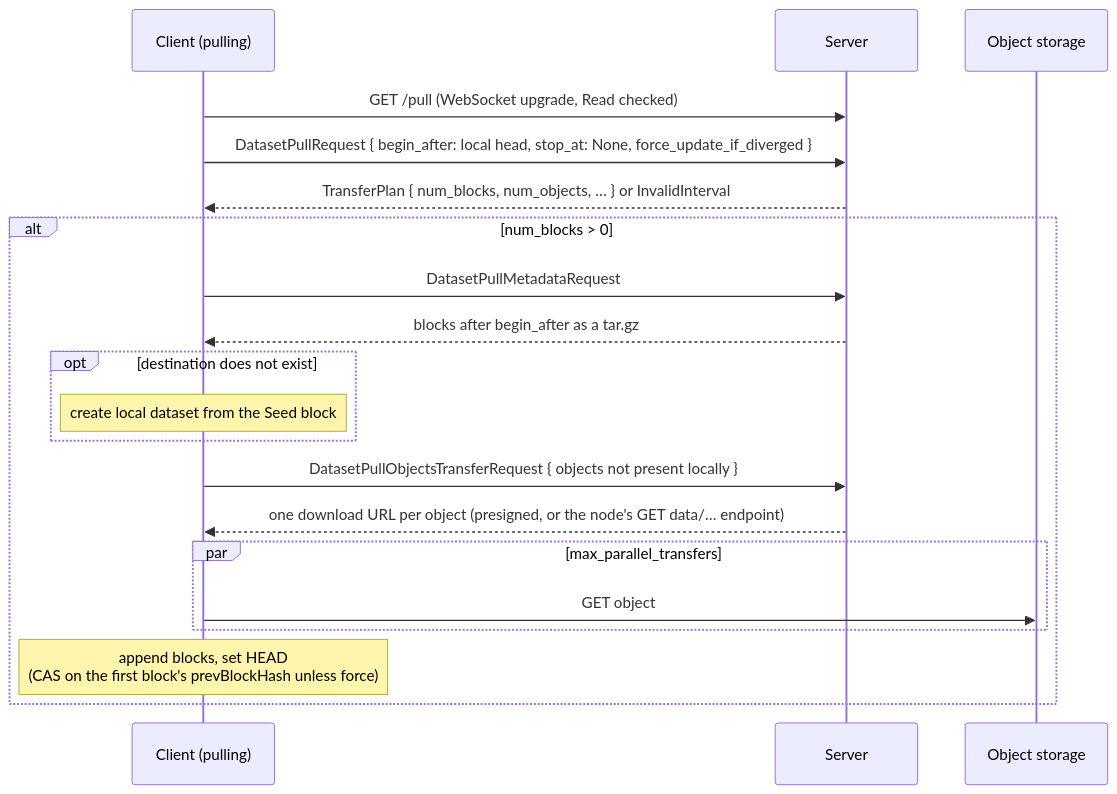
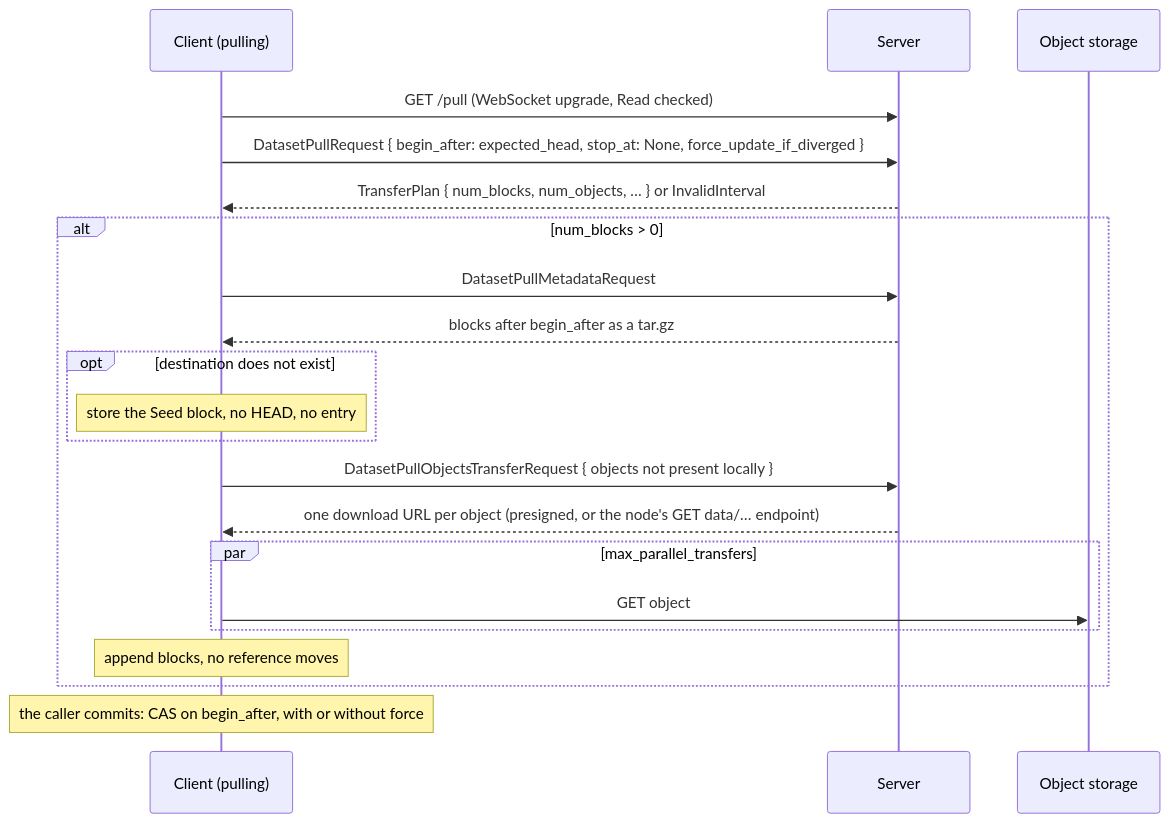
The third of 4 diagrams in docs/internal/dataset-sync.md (kamu-data/kamu-cli), drawn with Mermaid before and after one commit. The commit also changed other lines of this file and 804 other files, not shown here.

````diff
--- a/docs/internal/dataset-sync.md
+++ b/docs/internal/dataset-sync.md
@@ -245,22 +300,23 @@
 ```mermaid
 sequenceDiagram
     participant C as Client (pulling)
     participant S as Server
     participant O as Object storage
     C->>S: GET /pull (WebSocket upgrade, Read checked)
-    C->>S: DatasetPullRequest { begin_after: local head, stop_at: None, force_update_if_diverged }
+    C->>S: DatasetPullRequest { begin_after: expected_head, stop_at: None, force_update_if_diverged }
     S-->>C: TransferPlan { num_blocks, num_objects, … } or InvalidInterval
     alt num_blocks > 0
         C->>S: DatasetPullMetadataRequest
         S-->>C: blocks after begin_after as a tar.gz
         opt destination does not exist
-            Note over C: create local dataset from the Seed block
+            Note over C: store the Seed block, no HEAD, no entry
         end
         C->>S: DatasetPullObjectsTransferRequest { objects not present locally }
         S-->>C: one download URL per object (presigned, or the node's GET data/… endpoint)
         par max_parallel_transfers
             C->>O: GET object
         end
-        Note over C: append blocks, set HEAD<br/>(CAS on the first block's prevBlockHash unless force)
+        Note over C: append blocks, no reference moves
     end
+    Note over C: the caller commits: CAS on begin_after, with or without force
 ```
````
